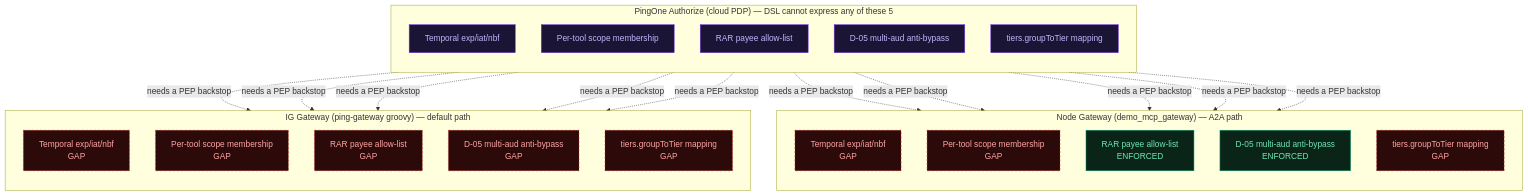
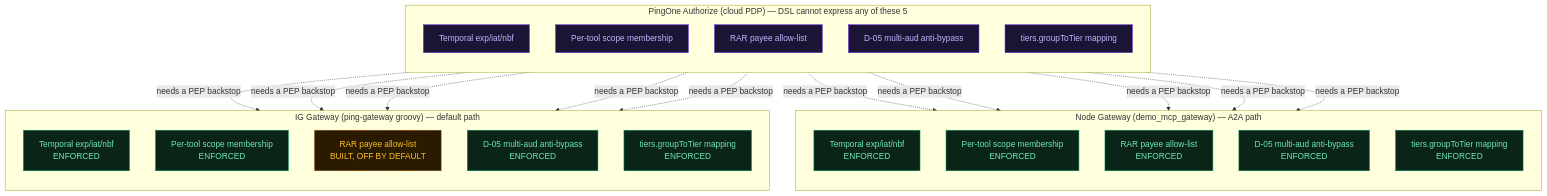
One commit to curtismu7/AI-DEMO2 changed the diagram in docs/gateway-enforcement-map.md. Above: the diagram before and after it, drawn with Mermaid. The commit also changed other lines of this file and 32 other files, not shown here.

````diff
--- a/docs/gateway-enforcement-map.md
+++ b/docs/gateway-enforcement-map.md
@@ -17,44 +17,44 @@
 ```mermaid
 flowchart TB
   subgraph P1AZ["PingOne Authorize (cloud PDP) — DSL cannot express any of these 5"]
     direction TB
     p_temporal["Temporal exp/iat/nbf"]
     p_scope["Per-tool scope membership"]
     p_rar["RAR payee allow-list"]
     p_d05["D-05 multi-aud anti-bypass"]
     p_tier["tiers.groupToTier mapping"]
   end
   subgraph NODE["Node Gateway (demo_mcp_gateway) — A2A path"]
     direction TB
-    n_temporal["Temporal exp/iat/nbf<br/>GAP"]
-    n_scope["Per-tool scope membership<br/>GAP"]
+    n_temporal["Temporal exp/iat/nbf<br/>ENFORCED"]
+    n_scope["Per-tool scope membership<br/>ENFORCED"]
     n_rar["RAR payee allow-list<br/>ENFORCED"]
     n_d05["D-05 multi-aud anti-bypass<br/>ENFORCED"]
-    n_tier["tiers.groupToTier mapping<br/>GAP"]
+    n_tier["tiers.groupToTier mapping<br/>ENFORCED"]
   end
   subgraph GROOVY["IG Gateway (ping-gateway groovy) — default path"]
     direction TB
-    g_temporal["Temporal exp/iat/nbf<br/>GAP"]
-    g_scope["Per-tool scope membership<br/>GAP"]
-    g_rar["RAR payee allow-list<br/>GAP"]
-    g_d05["D-05 multi-aud anti-bypass<br/>GAP"]
-    g_tier["tiers.groupToTier mapping<br/>GAP"]
+    g_temporal["Temporal exp/iat/nbf<br/>ENFORCED"]
+    g_scope["Per-tool scope membership<br/>ENFORCED"]
+    g_rar["RAR payee allow-list<br/>BUILT, OFF BY DEFAULT"]
+    g_d05["D-05 multi-aud anti-bypass<br/>ENFORCED"]
+    g_tier["tiers.groupToTier mapping<br/>ENFORCED"]
   end
   p_temporal -.needs a PEP backstop.-> n_temporal
   p_temporal -.needs a PEP backstop.-> g_temporal
   p_scope -.needs a PEP backstop.-> n_scope
   p_scope -.needs a PEP backstop.-> g_scope
   p_rar -.needs a PEP backstop.-> n_rar
   p_rar -.needs a PEP backstop.-> g_rar
   p_d05 -.needs a PEP backstop.-> n_d05
   p_d05 -.needs a PEP backstop.-> g_d05
   p_tier -.needs a PEP backstop.-> n_tier
   p_tier -.needs a PEP backstop.-> g_tier
   classDef gap fill:#1a1535,color:#c4b5fd,stroke:#7c3aed,stroke-width:1px
   classDef done fill:#0a2418,color:#6ee7b7,stroke:#059669,stroke-width:1px
   classDef pending fill:#2d0a0a,color:#fca5a5,stroke:#dc2626,stroke-width:1px,stroke-dasharray:4 4
   classDef flagged fill:#2a1a00,color:#fbbf24,stroke:#d97706,stroke-width:1px,stroke-dasharray:2 2
   class p_temporal,p_scope,p_rar,p_d05,p_tier gap
-  class n_rar,n_d05 done
-  class n_temporal,g_temporal,n_scope,g_scope,g_rar,g_d05,n_tier,g_tier pending
+  class n_temporal,g_temporal,n_scope,g_scope,n_rar,n_d05,g_d05,n_tier,g_tier done
+  class g_rar flagged
 ```
````
